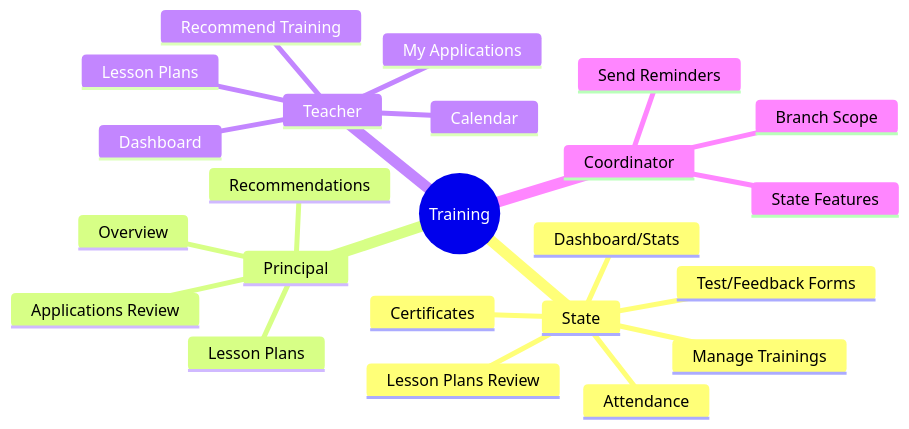
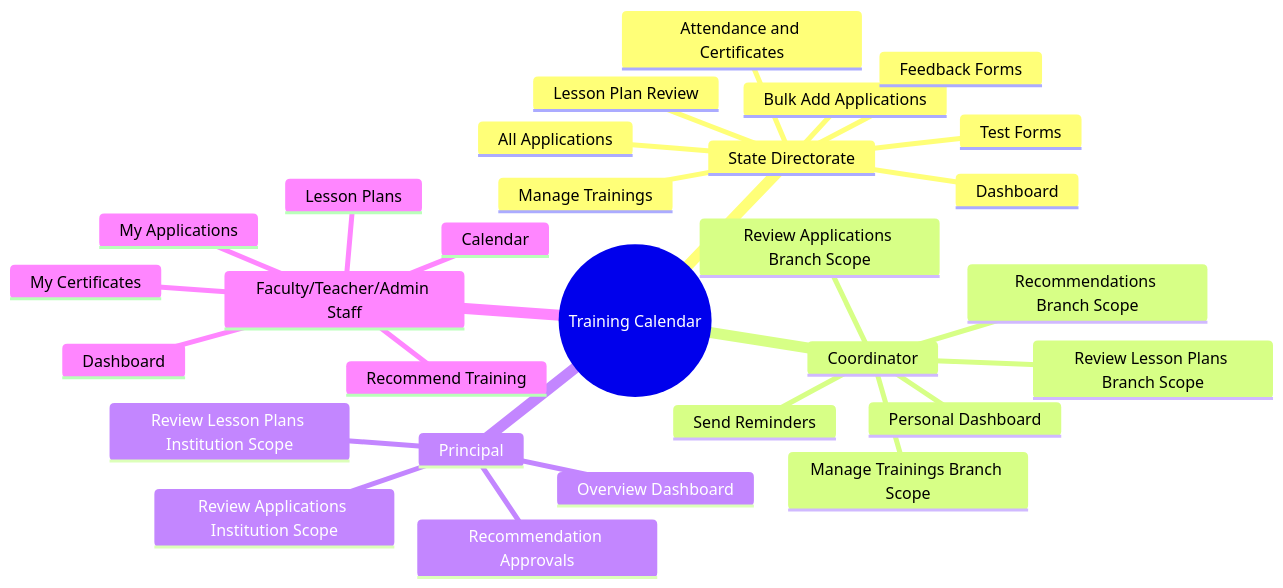
One commit to gunjangupta-gh/placeintern changed the third of 27 diagrams in TRAINING_CALENDAR_FLOW_DIAGRAMS.md. Above: the diagram before and after it, drawn with Mermaid. The commit also changed other lines of this file and 1 other file, not shown here.

Commit message:
feat: add timezone handling for attendance date resolution in TrainingAttendanceService

````diff
--- a/TRAINING_CALENDAR_FLOW_DIAGRAMS.md
+++ b/TRAINING_CALENDAR_FLOW_DIAGRAMS.md
@@ -48,26 +45,32 @@
 ```mermaid
 mindmap
-  root((Training))
-    State
-      Dashboard/Stats
+  root((Training Calendar))
+    State Directorate
+      Dashboard
       Manage Trainings
-      Test/Feedback Forms
-      Lesson Plans Review
-      Attendance
-      Certificates
+      All Applications
+      Bulk Add Applications
+      Test Forms
+      Feedback Forms
+      Lesson Plan Review
+      Attendance and Certificates
+    Coordinator
+      Personal Dashboard
+      Manage Trainings Branch Scope
+      Review Applications Branch Scope
+      Review Lesson Plans Branch Scope
+      Recommendations Branch Scope
+      Send Reminders
     Principal
-      Overview
-      Applications Review
-      Lesson Plans
-      Recommendations
-    Teacher
+      Overview Dashboard
+      Review Applications Institution Scope
+      Review Lesson Plans Institution Scope
+      Recommendation Approvals
+    Faculty/Teacher/Admin Staff
       Dashboard
       Calendar
       My Applications
       Lesson Plans
       Recommend Training
-    Coordinator
-      State Features
-      Branch Scope
-      Send Reminders
+      My Certificates
 ```
````
